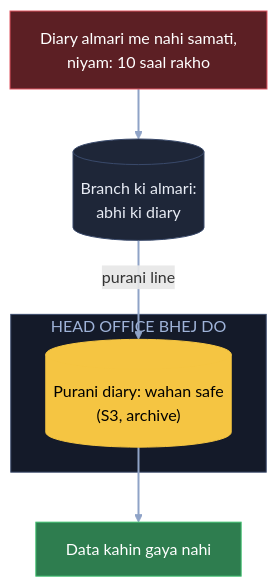
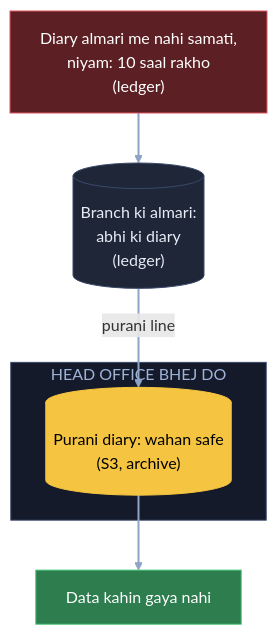
Before and after one commit to ArpanMaheshwari144/Prep: diagram 12 of 22 in 04_HLD/SYSTEM_DESIGNS/13_banking_system/13_banking_system.md, drawn with Mermaid. The commit also changed other lines of this file and 22 other files, not shown here.

Commit message:
Diagram: sirf kahani ke dohraaye shabd pe bracket, us jagah notes wala matlab (207 label)

````diff
--- a/04_HLD/SYSTEM_DESIGNS/13_banking_system/13_banking_system.md
+++ b/04_HLD/SYSTEM_DESIGNS/13_banking_system/13_banking_system.md
@@ -468,18 +468,18 @@
 ```mermaid
 flowchart TB
-    X["Diary almari me nahi samati,<br/>niyam: 10 saal rakho"]:::bad
-    B[("Branch ki almari:<br/>abhi ki diary")]:::card
+    X["Diary almari me nahi samati,<br/>niyam: 10 saal rakho<br/>(ledger)"]:::bad
+    B[("Branch ki almari:<br/>abhi ki diary<br/>(ledger)")]:::card
     subgraph HO["HEAD OFFICE BHEJ DO"]
         S3[("Purani diary: wahan safe<br/>(S3, archive)")]:::pill
     end
     OK["Data kahin gaya nahi"]:::good
     X --> B
     B -- "purani line" --> S3
     S3 --> OK
     linkStyle default stroke:#8fa3c7,stroke-width:2px
     classDef card fill:#1e2638,stroke:#3a4a6b,color:#e8ecf5
     classDef pill fill:#f5c542,stroke:#f5c542,color:#000
     classDef good fill:#2e7d4f,stroke:#3fbf6f,color:#fff
     classDef bad fill:#5c1f24,stroke:#e05561,color:#fff
     style HO fill:#141a29,stroke:#3a4a6b,color:#9fb3d9
 ```
````
